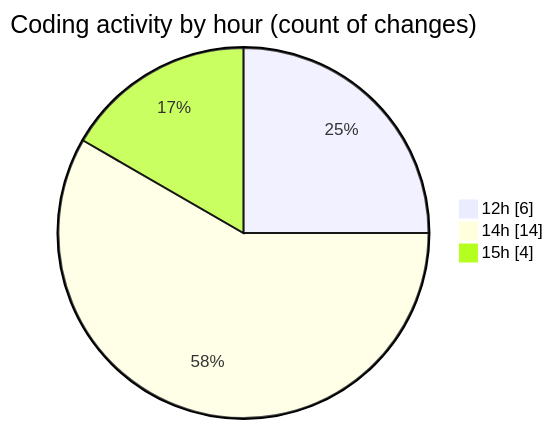
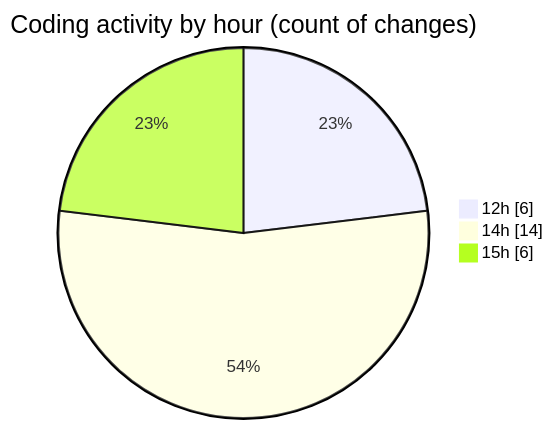
One commit to momahboobian/code-tracking changed the second of 2 diagrams in 2026-07-24/cda/README.md. Above: the diagram before and after it, drawn with Mermaid. The commit also changed other lines of this file and 1 other file, not shown here.

````diff
--- a/2026-07-24/cda/README.md
+++ b/2026-07-24/cda/README.md
@@ -38,7 +39,7 @@
 ```mermaid
 pie showData
 title Coding activity by hour (count of changes)
 "12h" : 6
 "14h" : 14
-"15h" : 4
+"15h" : 6
 ```
````
